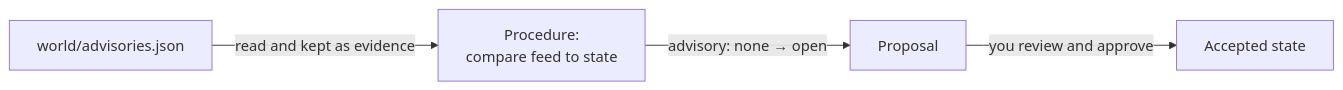
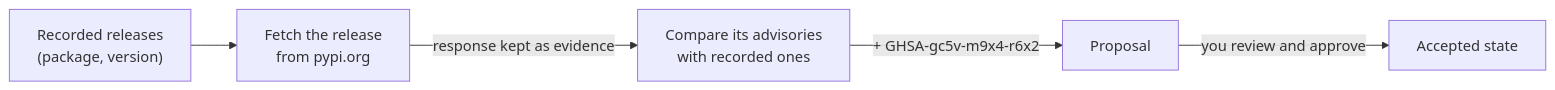
Before and after one commit to cruxible-ai/cruxible: the diagram in docs/quickstart.md, drawn with Mermaid. The commit also changed other lines of this file, not shown here.

````diff
--- a/docs/quickstart.md
+++ b/docs/quickstart.md
@@ -230,6 +228,7 @@
 ```mermaid
 flowchart LR
-    feed["world/advisories.json"] -->|read and kept as evidence| proc["Procedure:<br/>compare feed to state"]
-    proc -->|"advisory: none → open"| prop["Proposal"]
+    rel["Recorded releases<br/>(package, version)"] --> fetch["Fetch the release<br/>from pypi.org"]
+    fetch -->|response kept as evidence| cmp["Compare its advisories<br/>with recorded ones"]
+    cmp -->|"+ GHSA-gc5v-m9x4-r6x2"| prop["Proposal"]
     prop -->|you review and approve| state["Accepted state"]
 ```
````
